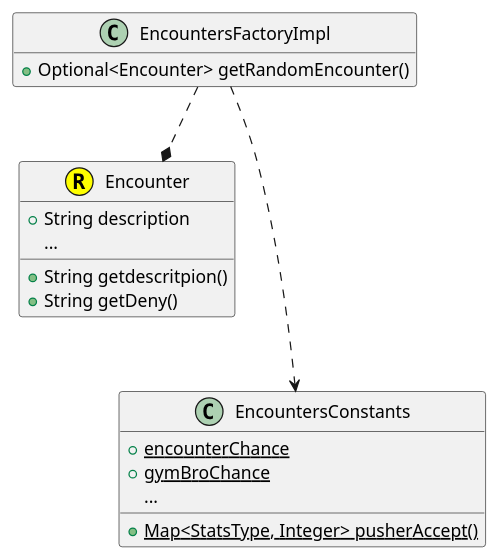
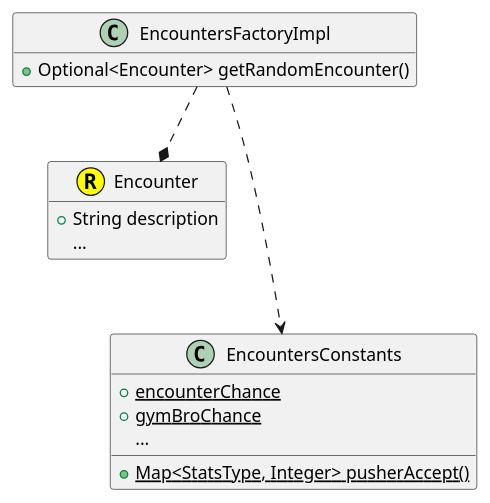
One commit to Lucaaa31/OOP23-gym-life changed the diagram in UML/Encounters/Encounters.puml. Above: the diagram before and after it, drawn with PlantUML.

Commit message:
changed UML

```diff
--- a/UML/Encounters/Encounters.puml
+++ b/UML/Encounters/Encounters.puml
@@ -1,23 +1,22 @@
 @startuml
 hide empty members
 EncountersFactoryImpl  ..* Encounter
 EncountersFactoryImpl  ...> EncountersConstants
 
 class Encounter <<(R,yellow)>>{
     + String description
     ...
-    + String getdescritpion()
-    + String getDeny()
+
 }
 
 class EncountersFactoryImpl {
     + Optional<Encounter> getRandomEncounter()
 }
 
 class EncountersConstants {
     + {static}encounterChance
     + {static}gymBroChance
     + {static}Map<StatsType, Integer> pusherAccept()
     ...
 }
 @enduml
```
